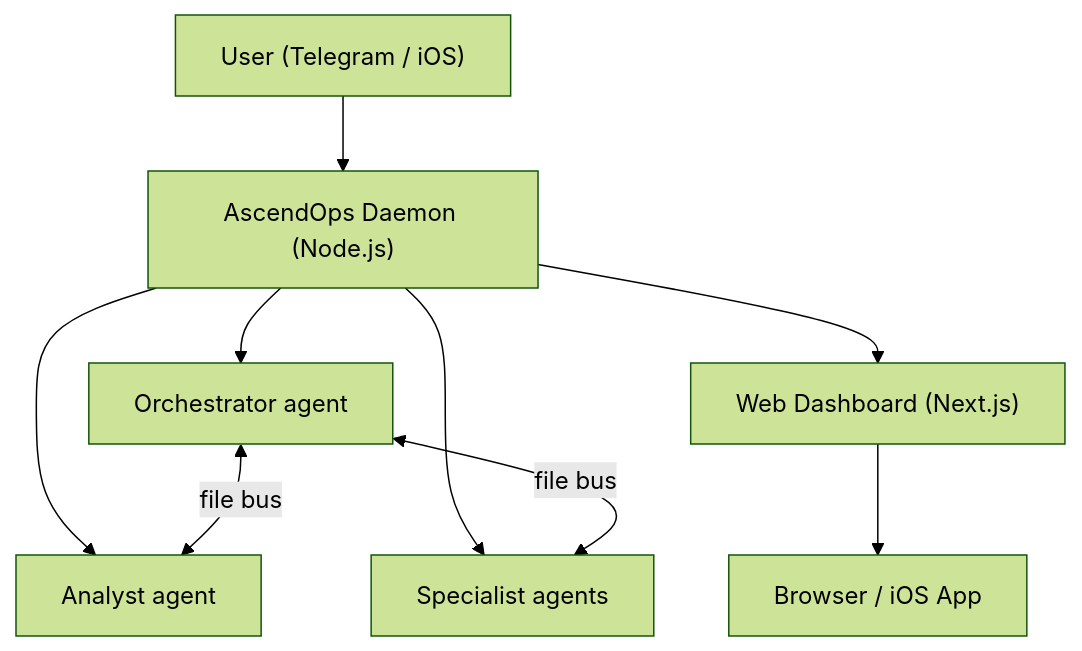
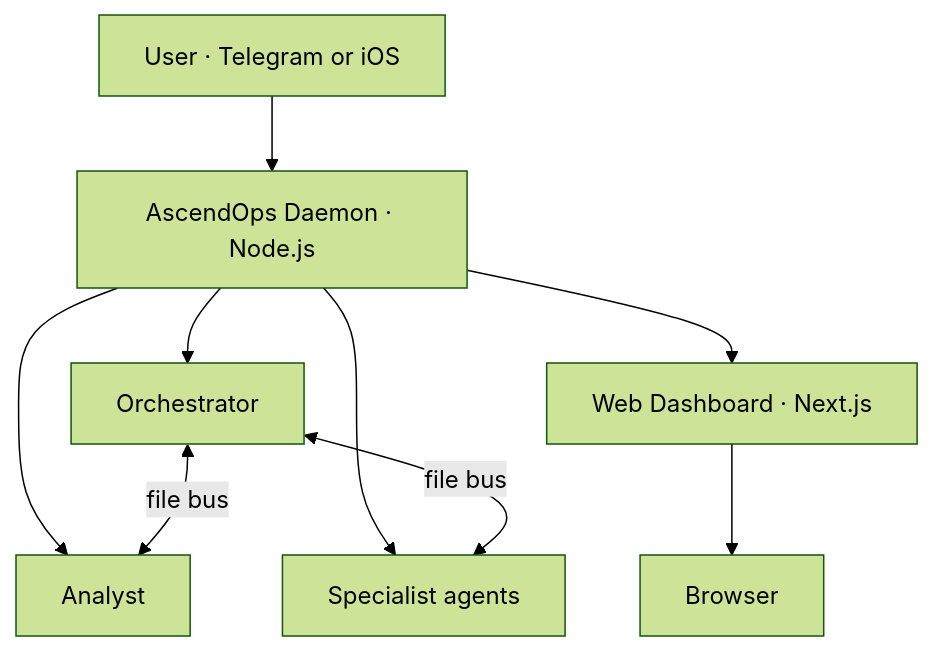
Before and after one commit to noogalabs/cortextos: the diagram in README.md, drawn with Mermaid (forest theme). The commit also changed other lines of this file, not shown here.

First line of the commit message:
docs(readme): redesign — Claude Code aesthetic + roadmap + tighter structure

````diff
--- a/README.md
+++ b/README.md
@@ -40,11 +64,11 @@
 ```mermaid
 flowchart TD
-    U["User (Telegram / iOS)"] --> CLI["AscendOps Daemon (Node.js)"]
-    CLI --> O["Orchestrator agent"]
-    CLI --> A["Analyst agent"]
-    CLI --> W["Specialist agents"]
+    U[User · Telegram or iOS] --> D[AscendOps Daemon · Node.js]
+    D --> O[Orchestrator]
+    D --> A[Analyst]
+    D --> W[Specialist agents]
     O <-->|file bus| A
     O <-->|file bus| W
-    CLI --> D["Web Dashboard (Next.js)"]
-    D --> U2["Browser / iOS App"]
+    D --> Web[Web Dashboard · Next.js]
+    Web --> U2[Browser]
 ```
````
